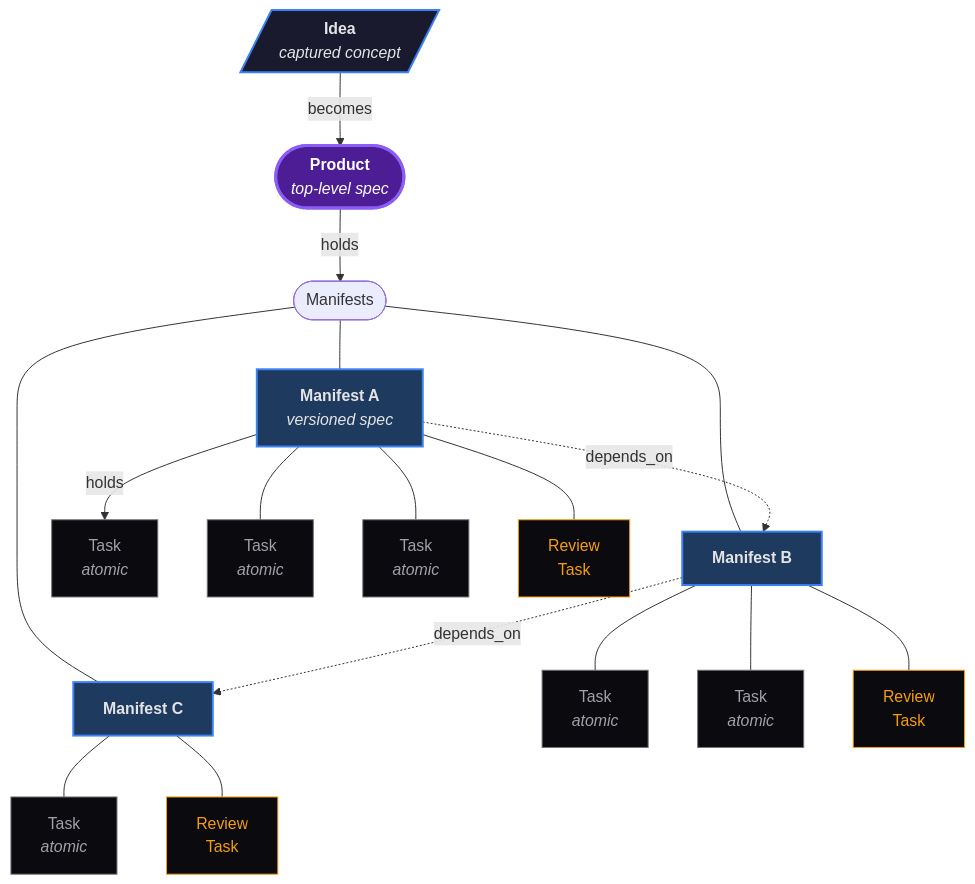
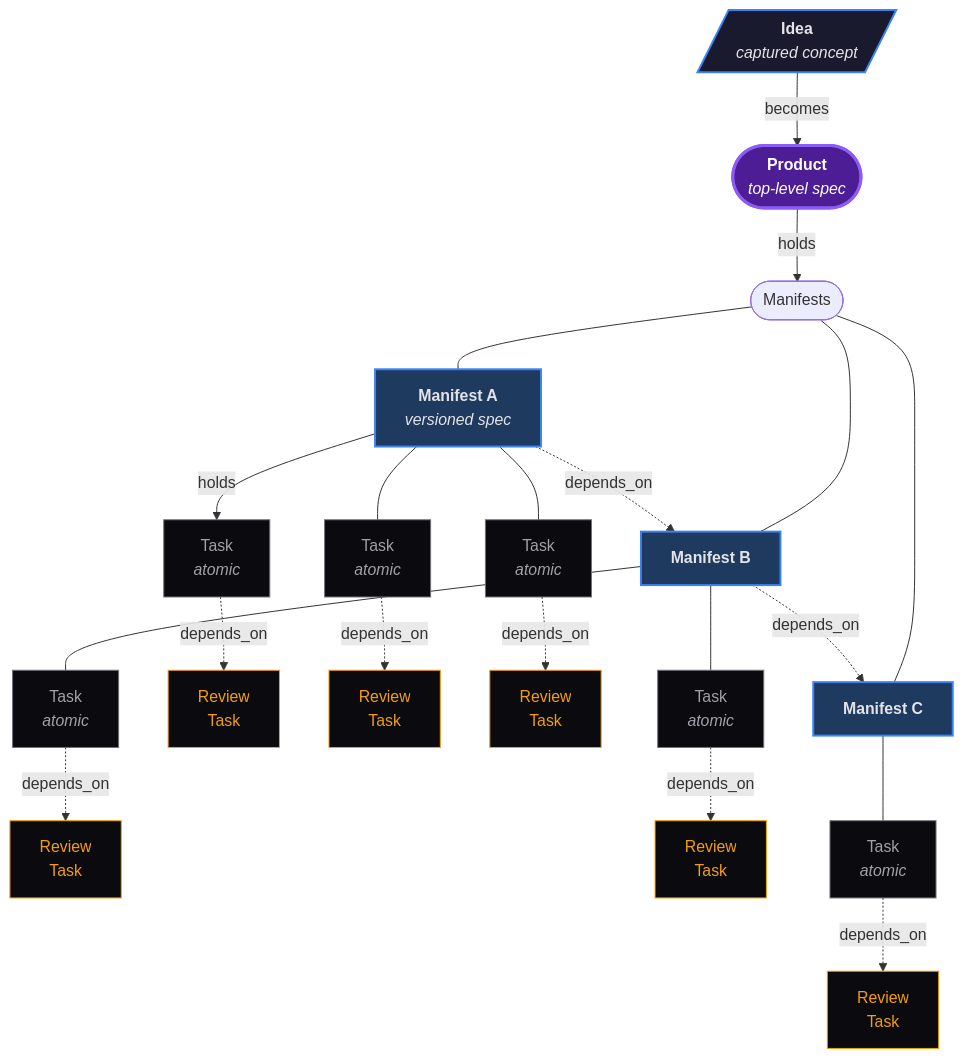
One commit to k8nstantin/OpenPraxis changed the first of 2 diagrams in README.md. Above: the diagram before and after it, drawn with Mermaid. The commit also changed other lines of this file, not shown here.

````diff
--- a/README.md
+++ b/README.md
@@ -13,30 +13,33 @@
 ```mermaid
 flowchart TB
     Idea[/"<b>Idea</b><br/><i>captured concept</i>"/]:::idea -->|becomes| P
 
     P(["<b>Product</b><br/><i>top-level spec</i>"]):::product -->|holds| MH([Manifests])
 
     MH --- M1["<b>Manifest A</b><br/><i>versioned spec</i>"]:::manifest
     MH --- M2["<b>Manifest B</b>"]:::manifest
     MH --- M3["<b>Manifest C</b>"]:::manifest
     M1 -. depends_on .-> M2
     M2 -. depends_on .-> M3
 
     M1 -->|holds| T1a["Task<br/><i>atomic</i>"]:::task
     M1 --- T1b["Task<br/><i>atomic</i>"]:::task
     M1 --- T1c["Task<br/><i>atomic</i>"]:::task
-    M1 --- R1[Review<br/>Task]:::review
+    T1a -. depends_on .-> R1a[Review<br/>Task]:::review
+    T1b -. depends_on .-> R1b[Review<br/>Task]:::review
+    T1c -. depends_on .-> R1c[Review<br/>Task]:::review
 
     M2 --- T2a["Task<br/><i>atomic</i>"]:::task
     M2 --- T2b["Task<br/><i>atomic</i>"]:::task
-    M2 --- R2[Review<br/>Task]:::review
+    T2a -. depends_on .-> R2a[Review<br/>Task]:::review
+    T2b -. depends_on .-> R2b[Review<br/>Task]:::review
 
     M3 --- T3a["Task<br/><i>atomic</i>"]:::task
-    M3 --- R3[Review<br/>Task]:::review
+    T3a -. depends_on .-> R3a[Review<br/>Task]:::review
 
     classDef idea fill:#1a1a2e,stroke:#3b82f6,stroke-width:2px,color:#e4e4e7
     classDef product fill:#4c1d95,stroke:#8b5cf6,stroke-width:3px,color:#fff
     classDef manifest fill:#1e3a5f,stroke:#3b82f6,stroke-width:2px,color:#e4e4e7
     classDef task fill:#0a0a0f,stroke:#71717a,color:#a1a1aa
     classDef review fill:#0a0a0f,stroke:#f59e0b,color:#f59e0b
 ```
````
